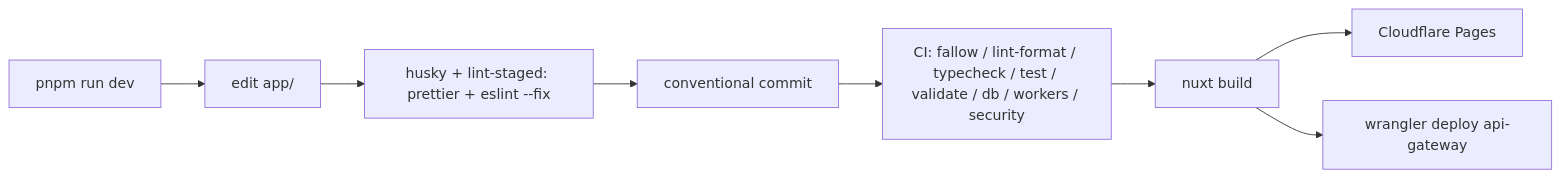
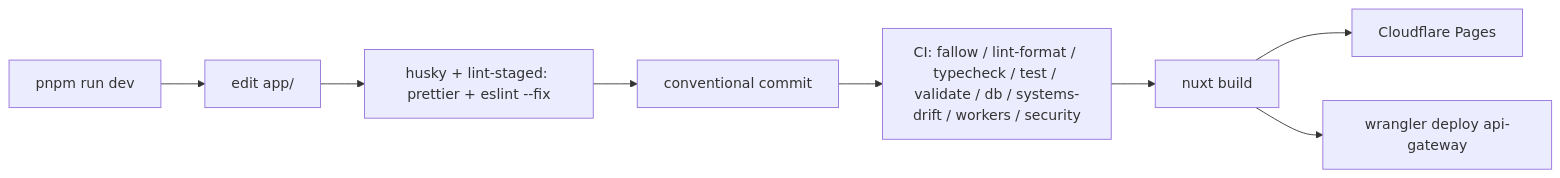
The ninth of 9 diagrams in docs/agent-context/summary/workflows.md (tarkovtracker-org/TarkovTracker), drawn with Mermaid before and after one commit. The commit also changed 1 other file, not shown here.

Commit message:
docs(docs): note the shared workspace lockfile and systems-drift CI gate

````diff
--- a/docs/agent-context/summary/workflows.md
+++ b/docs/agent-context/summary/workflows.md
@@ -218,10 +218,10 @@
 ```mermaid
 graph LR
     Dev[pnpm run dev] --> Code[edit app/]
     Code --> Hook[husky + lint-staged: prettier + eslint --fix]
     Hook --> Commit[conventional commit]
-    Commit --> CI[CI: fallow / lint-format / typecheck / test / validate / db / workers / security]
+    Commit --> CI[CI: fallow / lint-format / typecheck / test / validate / db / systems-drift / workers / security]
     CI --> Build[nuxt build]
     Build --> Pages[Cloudflare Pages]
     Build --> Worker[wrangler deploy api-gateway]
 ```
````
